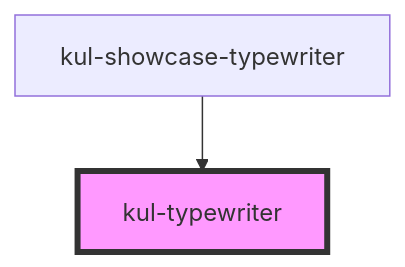
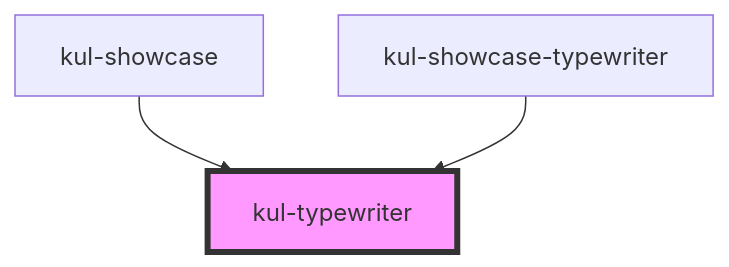
Before and after one commit to lucafoscili/ketchup-lite: the diagram in packages/ketchup-lite/src/components/kul-typewriter/readme.md, drawn with Mermaid. The commit also changed other lines of this file and 5 other files, not shown here.

Commit message:
feat(showcase): replaced h2 with typewriter

````diff
--- a/packages/ketchup-lite/src/components/kul-typewriter/readme.md
+++ b/packages/ketchup-lite/src/components/kul-typewriter/readme.md
@@ -101,5 +103,6 @@
 ```mermaid
 graph TD;
+  kul-showcase --> kul-typewriter
   kul-showcase-typewriter --> kul-typewriter
   style kul-typewriter fill:#f9f,stroke:#333,stroke-width:4px
 ```
````
